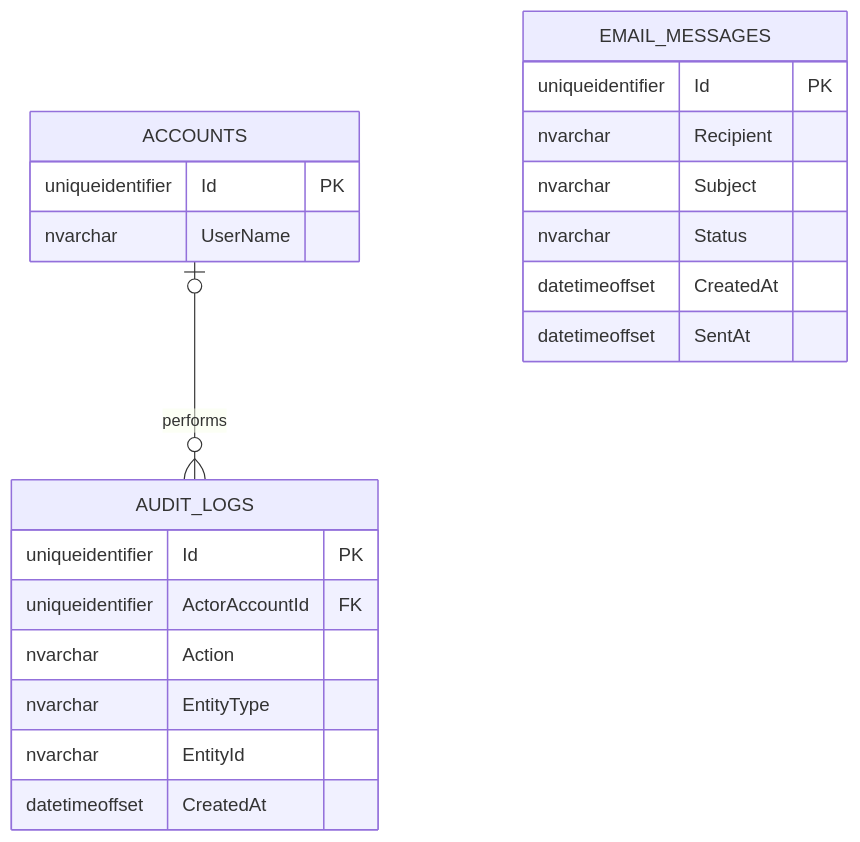
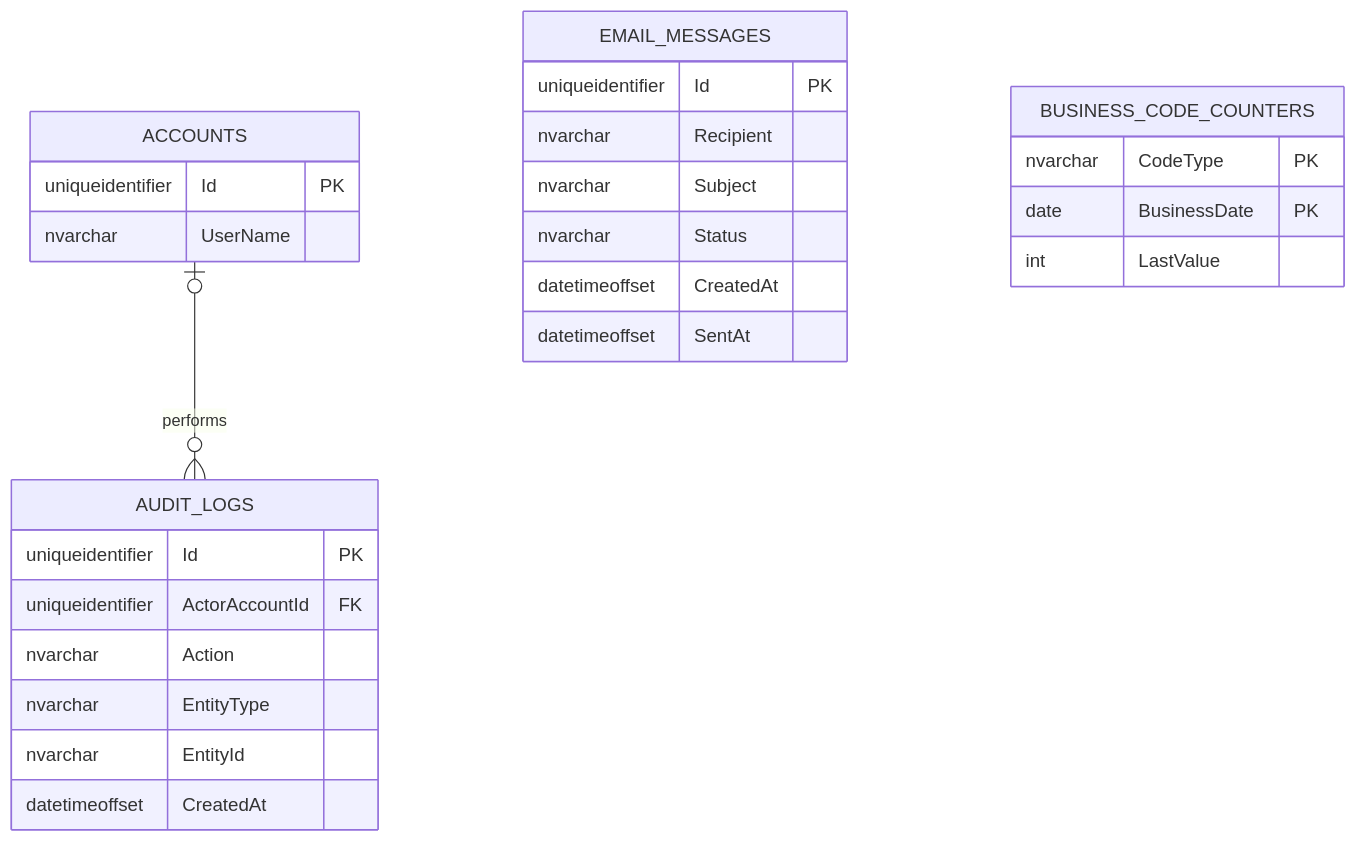
The third of 3 diagrams in docs/E-R_Diagram.md (JJDing-Louis/ProjectManagementWeb_BackEnd), drawn with Mermaid before and after one commit. The commit also changed other lines of this file and 31 other files, not shown here.

````diff
--- a/docs/E-R_Diagram.md
+++ b/docs/E-R_Diagram.md
@@ -156,25 +156,30 @@
 ```mermaid
 erDiagram
     ACCOUNTS {
         uniqueidentifier Id PK
         nvarchar UserName
     }
     AUDIT_LOGS {
         uniqueidentifier Id PK
         uniqueidentifier ActorAccountId FK
         nvarchar Action
         nvarchar EntityType
         nvarchar EntityId
         datetimeoffset CreatedAt
     }
     EMAIL_MESSAGES {
         uniqueidentifier Id PK
         nvarchar Recipient
         nvarchar Subject
         nvarchar Status
         datetimeoffset CreatedAt
         datetimeoffset SentAt
     }
+    BUSINESS_CODE_COUNTERS {
+        nvarchar CodeType PK
+        date BusinessDate PK
+        int LastValue
+    }
 
     ACCOUNTS o|--o{ AUDIT_LOGS : performs
 ```
````
